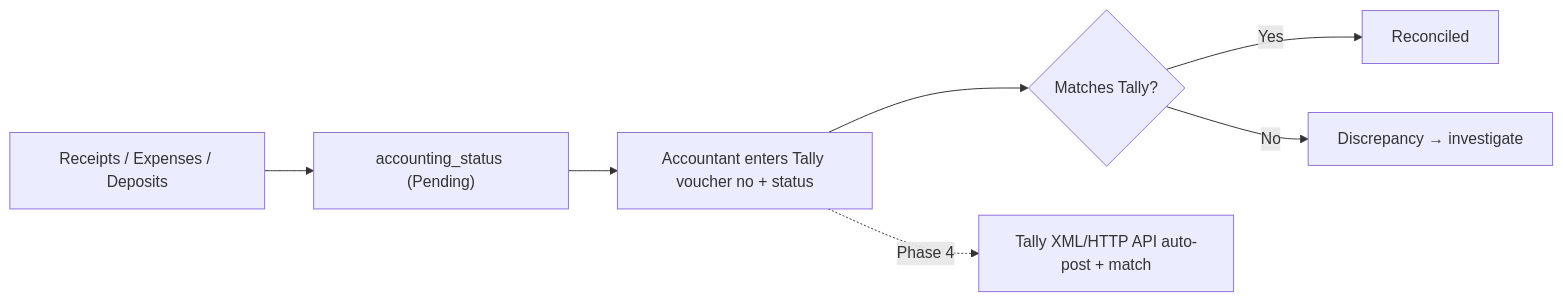
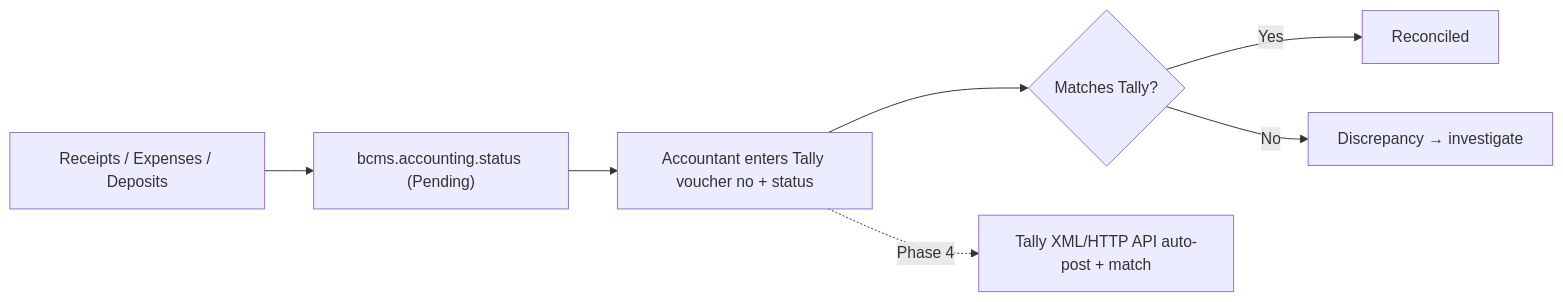
One commit to arunideen/branch-cash-management-system-odoo changed the second of 2 diagrams in docs/diagrams/accounting-flow.md. Above: the diagram before and after it, drawn with Mermaid. The commit also changed 53 other files, not shown here.

````diff
--- a/docs/diagrams/accounting-flow.md
+++ b/docs/diagrams/accounting-flow.md
@@ -17,9 +17,9 @@
 ```mermaid
 flowchart LR
-    TX["Receipts / Expenses / Deposits"] --> ACC["accounting_status (Pending)"]
+    TX["Receipts / Expenses / Deposits"] --> ACC["bcms.accounting.status (Pending)"]
     ACC --> MAN["Accountant enters Tally voucher no + status"]
     MAN --> REC{"Matches Tally?"}
     REC -->|Yes| DONE["Reconciled"]
     REC -->|No| DISC["Discrepancy → investigate"]
     MAN -.->|Phase 4| API["Tally XML/HTTP API auto-post + match"]
 ```
````
